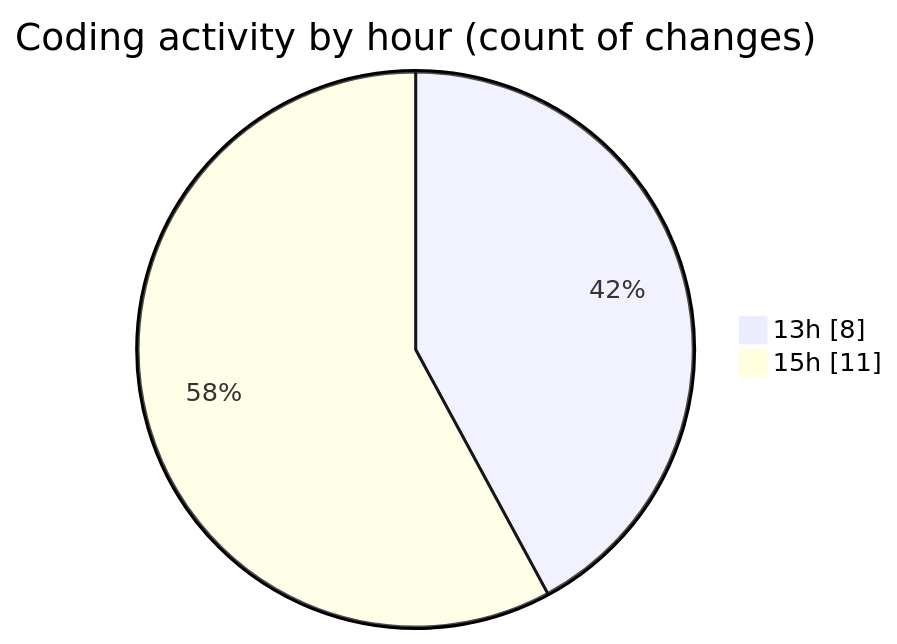
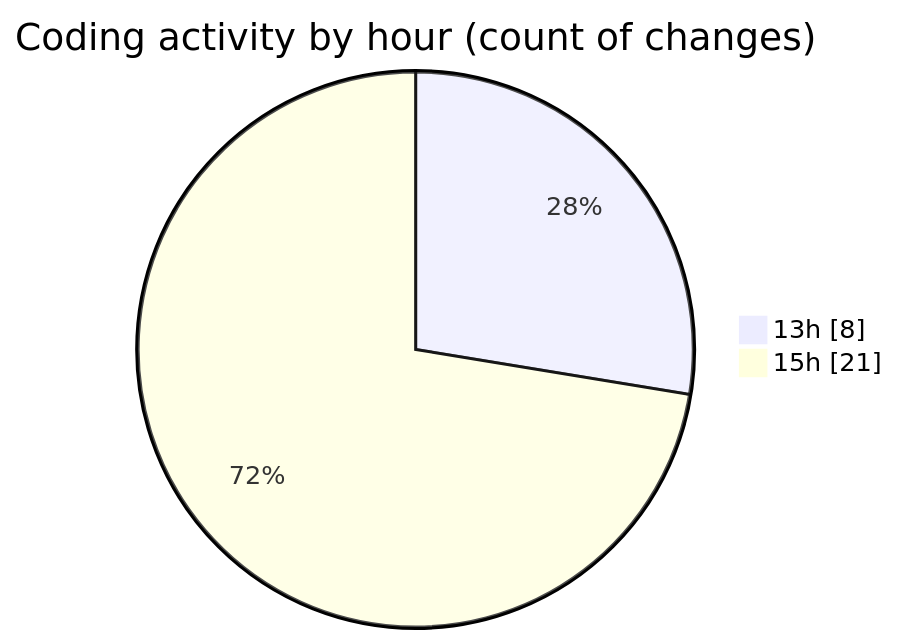
One commit to nxtqubesakshisongat/code-tracking changed the second of 2 diagrams in 2025-04-08/nxtqube_webapp/README.md. Above: the diagram before and after it, drawn with Mermaid. The commit also changed other lines of this file and 1 other file, not shown here.

````diff
--- a/2025-04-08/nxtqube_webapp/README.md
+++ b/2025-04-08/nxtqube_webapp/README.md
@@ -28,6 +28,6 @@
 ```mermaid
 pie showData
 title Coding activity by hour (count of changes)
 "13h" : 8
-"15h" : 11
+"15h" : 21
 ```
````
